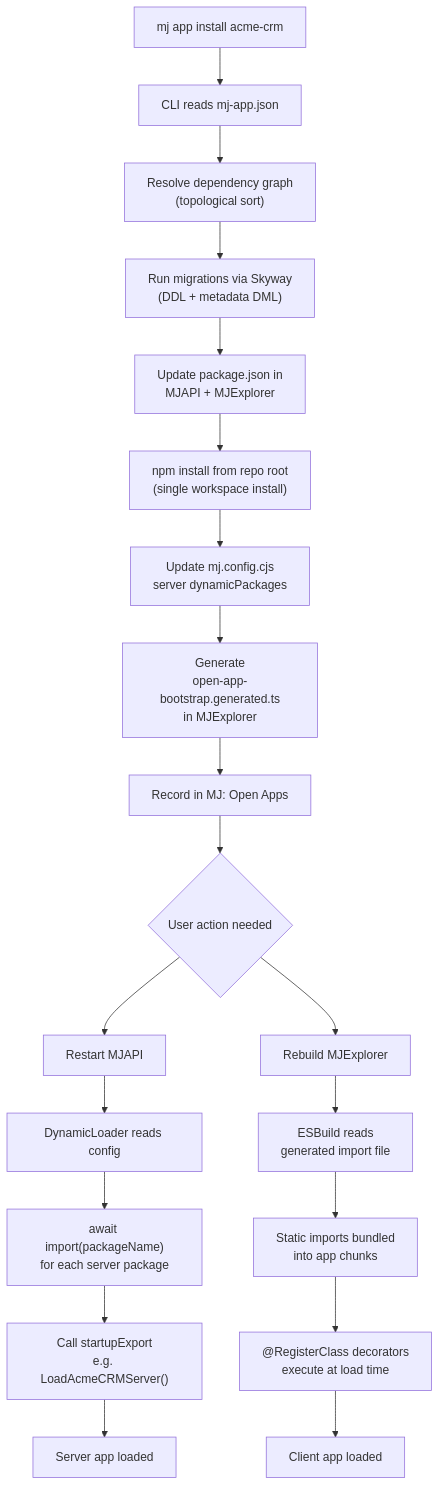
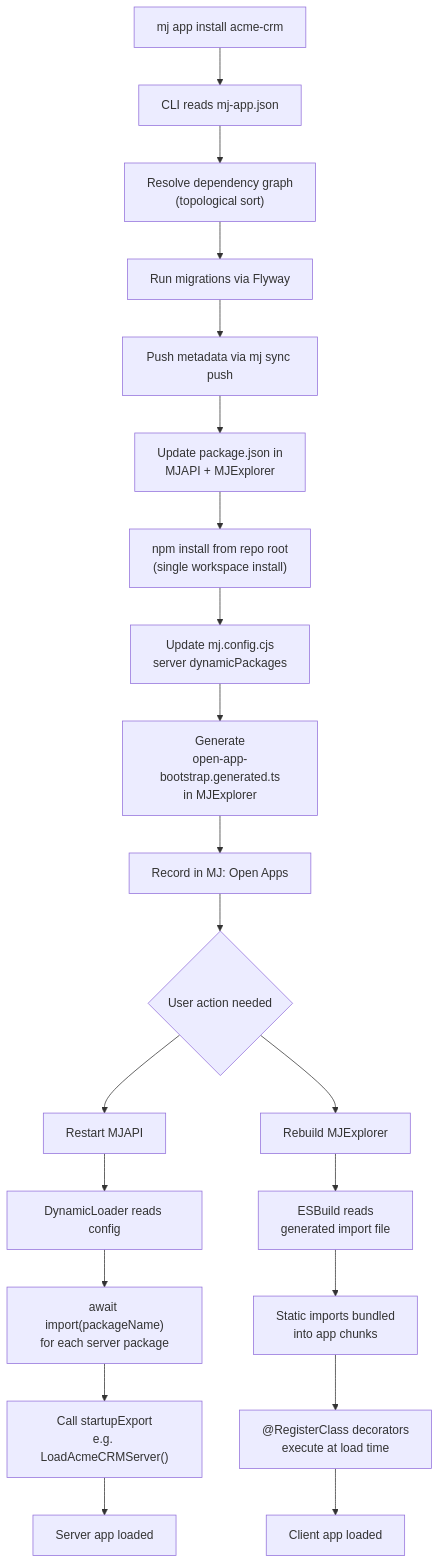
The diagram in plans/open-app-spec.md (MemberJunction/MJ), drawn with Mermaid before and after one commit. The commit also changed other lines of this file and 7 other files, not shown here.

````diff
--- a/plans/open-app-spec.md
+++ b/plans/open-app-spec.md
@@ -699,24 +689,25 @@
 ```mermaid
 flowchart TD
     A["mj app install acme-crm"] --> B["CLI reads mj-app.json"]
     B --> C["Resolve dependency graph\n(topological sort)"]
-    C --> D["Run migrations via Skyway\n(DDL + metadata DML)"]
-    D --> F["Update package.json in\nMJAPI + MJExplorer"]
+    C --> D["Run migrations via Flyway"]
+    D --> E["Push metadata via mj sync push"]
+    E --> F["Update package.json in\nMJAPI + MJExplorer"]
     F --> G["npm install from repo root\n(single workspace install)"]
     G --> H["Update mj.config.cjs\nserver dynamicPackages"]
     H --> I["Generate\nopen-app-bootstrap.generated.ts\nin MJExplorer"]
     I --> J["Record in MJ: Open Apps"]
     J --> K{"User action needed"}
     K --> L["Restart MJAPI"]
     K --> M["Rebuild MJExplorer"]
 
     L --> N["DynamicLoader reads config"]
     N --> O["await import(packageName)\nfor each server package"]
     O --> P["Call startupExport\ne.g. LoadAcmeCRMServer()"]
     P --> Q["Server app loaded"]
 
     M --> R["ESBuild reads\ngenerated import file"]
     R --> S["Static imports bundled\ninto app chunks"]
     S --> T["@RegisterClass decorators\nexecute at load time"]
     T --> U["Client app loaded"]
 ```
````
